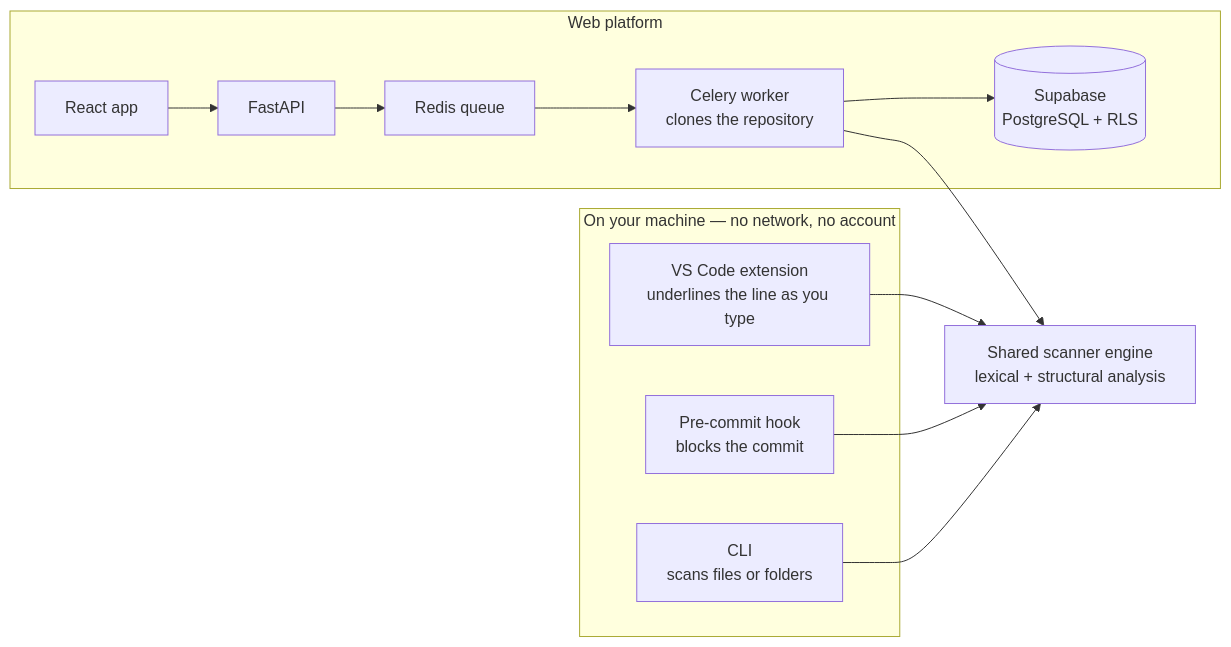
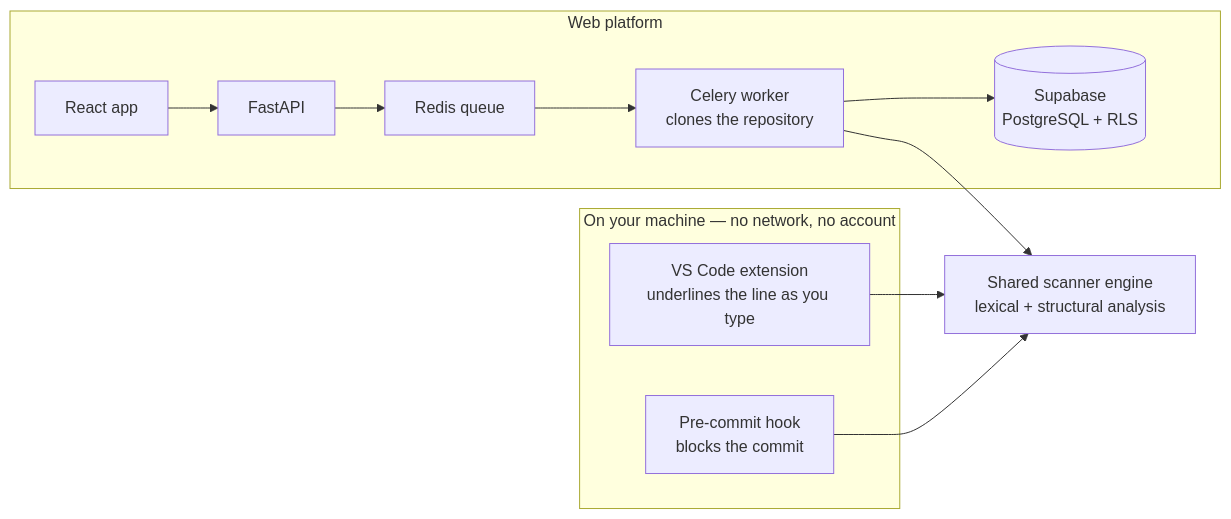
One commit to Shokzin/dedsec changed the diagram in README.md. Above: the diagram before and after it, drawn with Mermaid. The commit also changed other lines of this file and 12 other files, not shown here.

````diff
--- a/README.md
+++ b/README.md
@@ -29,13 +29,12 @@
 ```mermaid
 flowchart LR
     subgraph local["On your machine — no network, no account"]
         E["VS Code extension<br/>underlines the line as you type"]
         H["Pre-commit hook<br/>blocks the commit"]
-        C["CLI<br/>scans files or folders"]
     end
     subgraph web["Web platform"]
         W["React app"] --> A["FastAPI"] --> Q["Redis queue"] --> K["Celery worker<br/>clones the repository"]
         K --> DB[("Supabase<br/>PostgreSQL + RLS")]
     end
-    E & H & C & K --> S["Shared scanner engine<br/>lexical + structural analysis"]
+    E & H & K --> S["Shared scanner engine<br/>lexical + structural analysis"]
 ```
````
